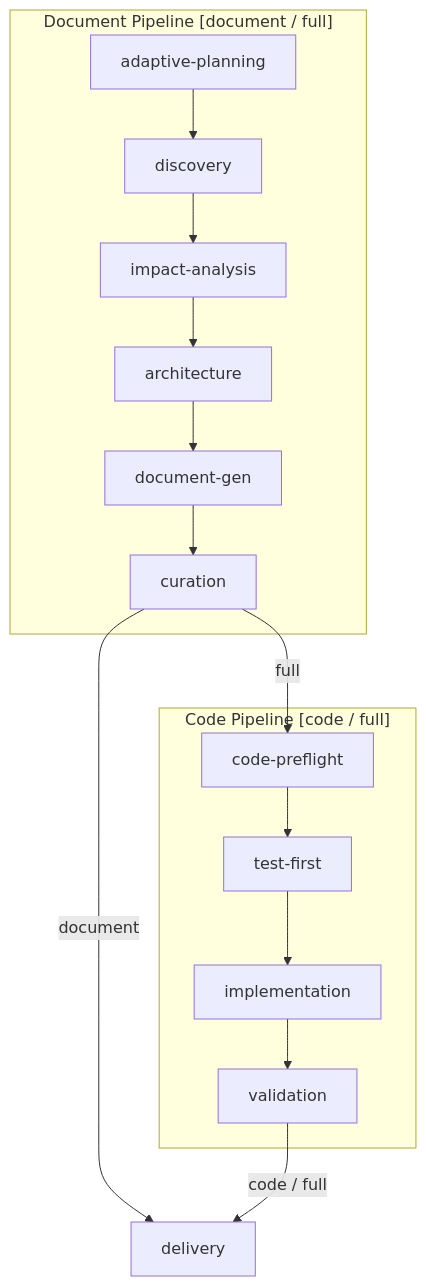
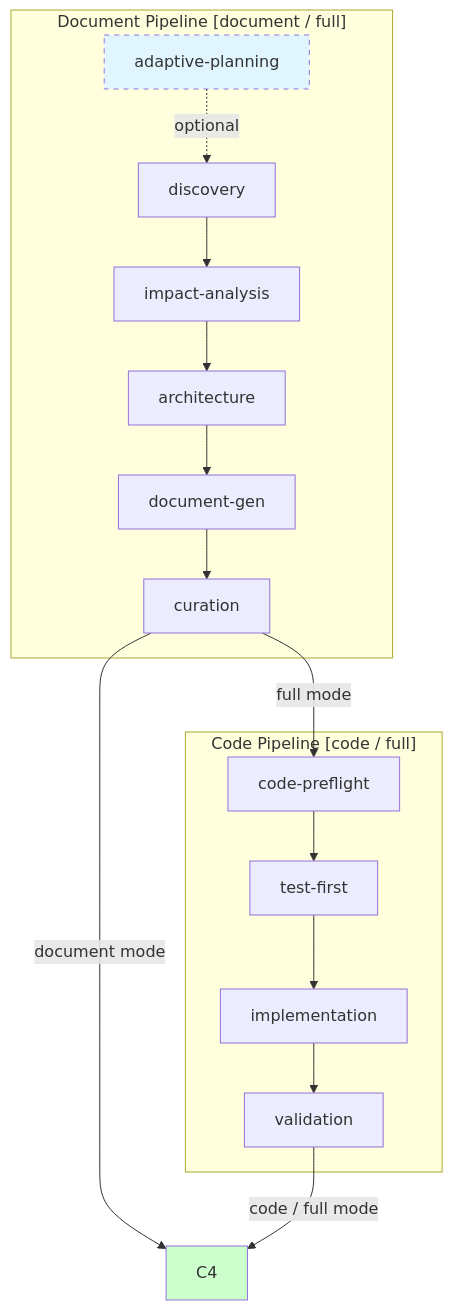
One commit to effiy/YrY changed the diagram in skills/build-feature/SKILL.md. Above: the diagram before and after it, drawn with Mermaid. The commit also changed other lines of this file and 4 other files, not shown here.

````diff
--- a/skills/build-feature/SKILL.md
+++ b/skills/build-feature/SKILL.md
@@ -95,12 +95,16 @@
 ```mermaid
 graph TD
     subgraph "Document Pipeline [document / full]"
-        D0[adaptive-planning] --> D1[discovery] --> D2[impact-analysis] --> D3[architecture] --> D4[document-gen] --> D5[curation]
+        D0[adaptive-planning] -.->|optional| D1[discovery]
+        D1 --> D2[impact-analysis] --> D3[architecture] --> D4[document-gen] --> D5[curation]
     end
     subgraph "Code Pipeline [code / full]"
         C0[code-preflight] --> C1[test-first] --> C2[implementation] --> C3[validation]
     end
-    D5 -->|full| C0
-    D5 -->|document| C4[delivery]
-    C3 -->|code / full| C4
+    D5 -->|full mode| C0
+    D5 -->|document mode| C4
+    C3 -->|code / full mode| C4
+
+    style D0 fill:#e1f5ff,stroke-dasharray:5
+    style C4 fill:#ccffcc
 ```
````
